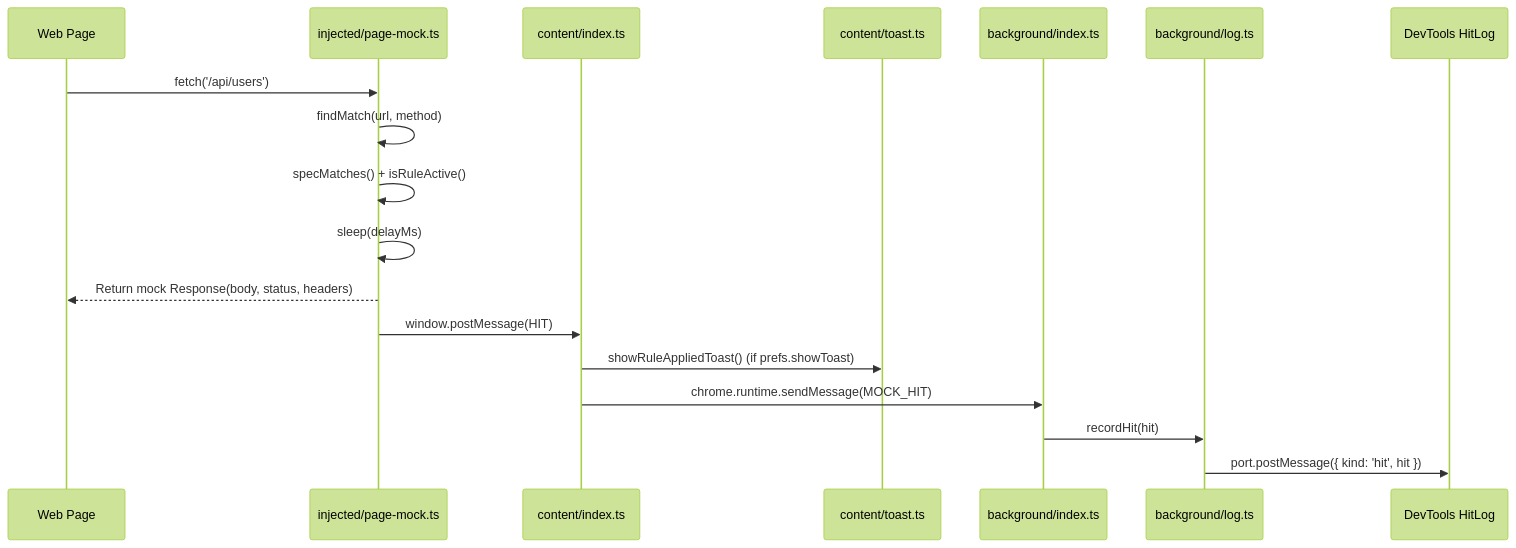
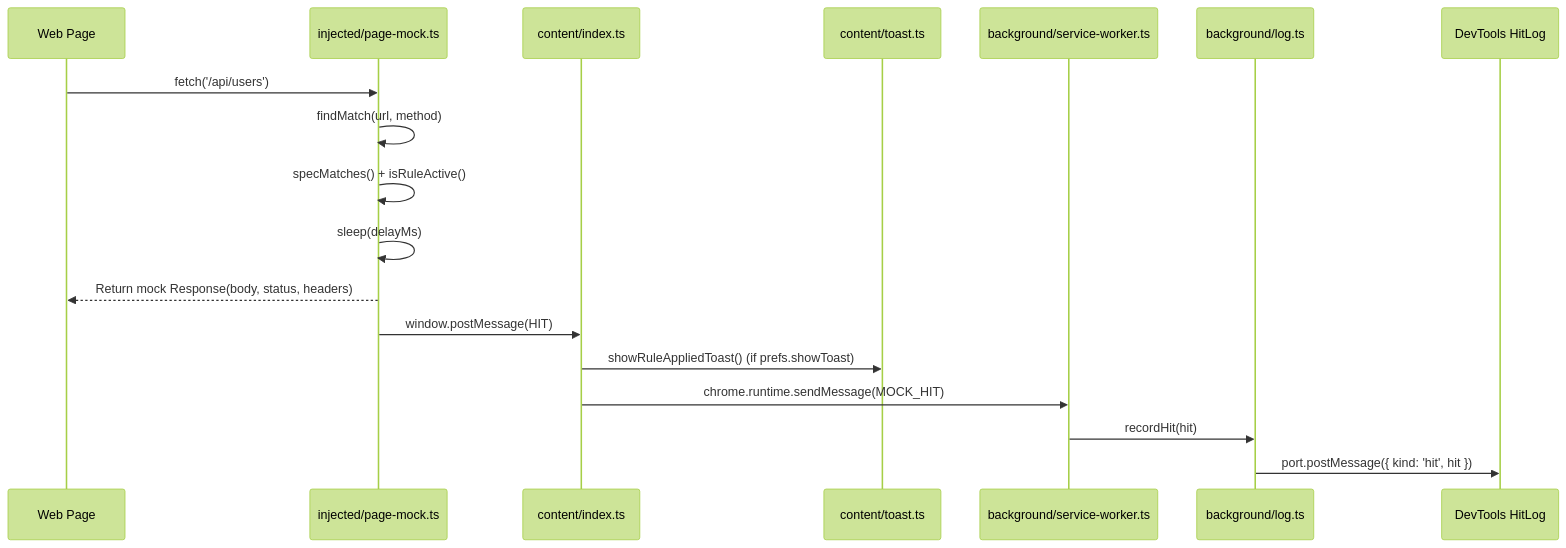
One commit to AlirezaSoltaniJazi/phantom-mock changed the second of 4 diagrams in docs/dataflow.md. Above: the diagram before and after it, drawn with Mermaid (forest theme). The commit also changed other lines of this file and 43 other files, not shown here.

````diff
--- a/docs/dataflow.md
+++ b/docs/dataflow.md
@@ -49,21 +49,21 @@
 ```mermaid
 sequenceDiagram
     participant Page as Web Page
     participant PW as injected/page-mock.ts
     participant CS as content/index.ts
     participant Toast as content/toast.ts
-    participant SW as background/index.ts
+    participant SW as background/service-worker.ts
     participant Log as background/log.ts
     participant DT as DevTools HitLog
 
     Page->>PW: fetch('/api/users')
     PW->>PW: findMatch(url, method)
     PW->>PW: specMatches() + isRuleActive()
     PW->>PW: sleep(delayMs)
     PW-->>Page: Return mock Response(body, status, headers)
     PW->>CS: window.postMessage(HIT)
     CS->>Toast: showRuleAppliedToast() (if prefs.showToast)
     CS->>SW: chrome.runtime.sendMessage(MOCK_HIT)
     SW->>Log: recordHit(hit)
     Log->>DT: port.postMessage({ kind: 'hit', hit })
 ```
````
